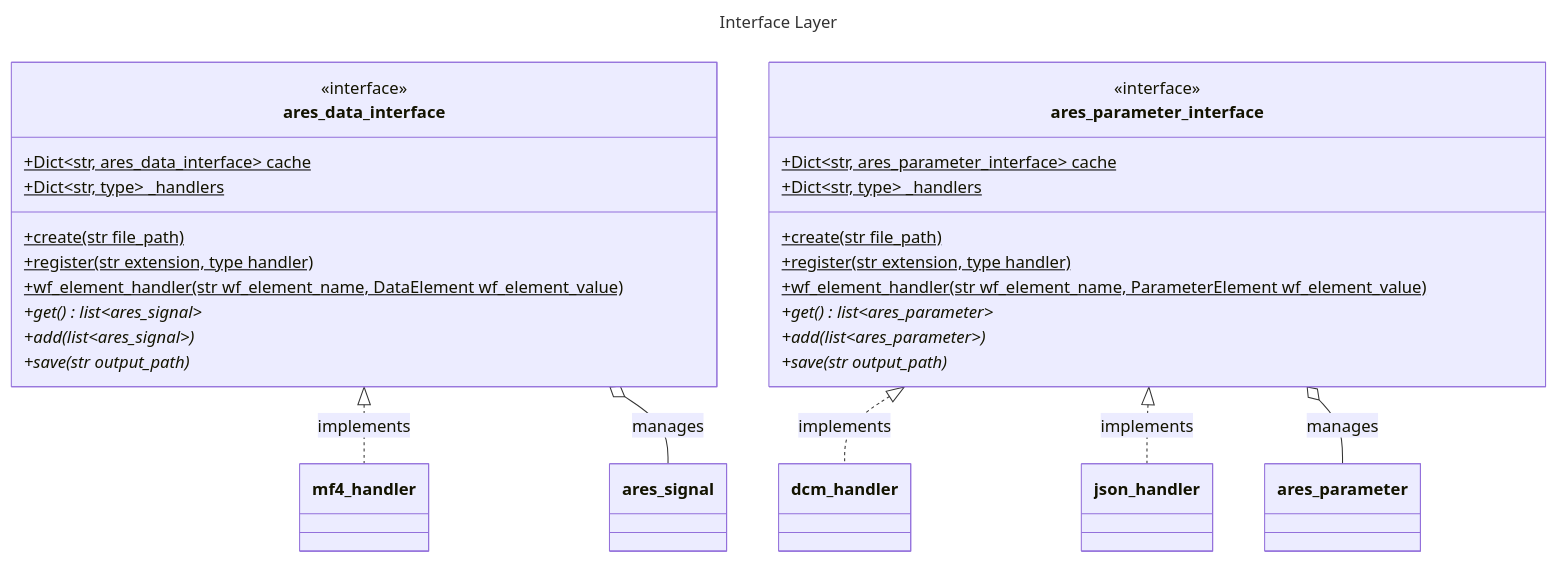
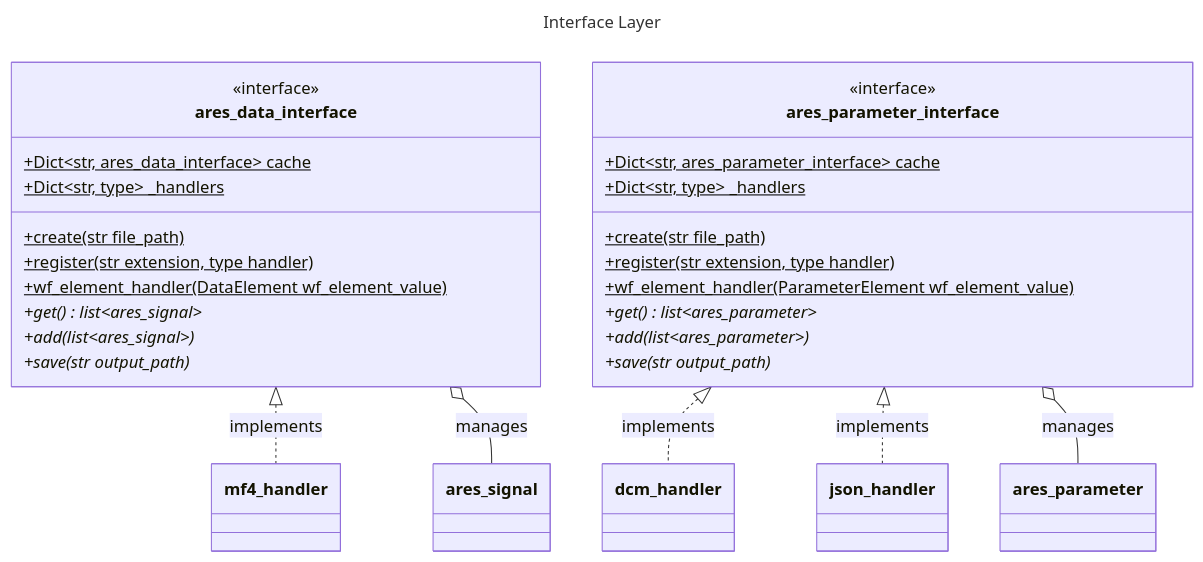
One commit to olympus-tools/ARES changed the fourth of 5 diagrams in architecture.md. Above: the diagram before and after it, drawn with Mermaid. The commit also changed other lines of this file and 9 other files, not shown here.

````diff
--- a/architecture.md
+++ b/architecture.md
@@ -172,39 +171,39 @@
 ```mermaid
 ---
 title: Interface Layer
 ---
 classDiagram
     class ares_data_interface{
         <<interface>>
         +Dict~str, ares_data_interface~ cache$
         +Dict~str, type~ _handlers$
         +create(str file_path)$
         +register(str extension, type handler)$
-        +wf_element_handler(str wf_element_name, DataElement wf_element_value)$
+        +wf_element_handler(DataElement wf_element_value)$
         +get() list~ares_signal~*
         +add(list~ares_signal~)*
         +save(str output_path)*
     }
 
     class ares_parameter_interface{
         <<interface>>
         +Dict~str, ares_parameter_interface~ cache$
         +Dict~str, type~ _handlers$
         +create(str file_path)$
         +register(str extension, type handler)$
-        +wf_element_handler(str wf_element_name, ParameterElement wf_element_value)$
+        +wf_element_handler(ParameterElement wf_element_value)$
         +get() list~ares_parameter~*
         +add(list~ares_parameter~)*
         +save(str output_path)*
     }
 
     class dcm_handler
     class json_handler
     class mf4_handler
 
     ares_parameter_interface <|.. dcm_handler : implements
     ares_parameter_interface <|.. json_handler : implements
     ares_data_interface <|.. mf4_handler : implements
     ares_parameter_interface o-- ares_parameter : manages
     ares_data_interface o-- ares_signal : manages
 ```
````
